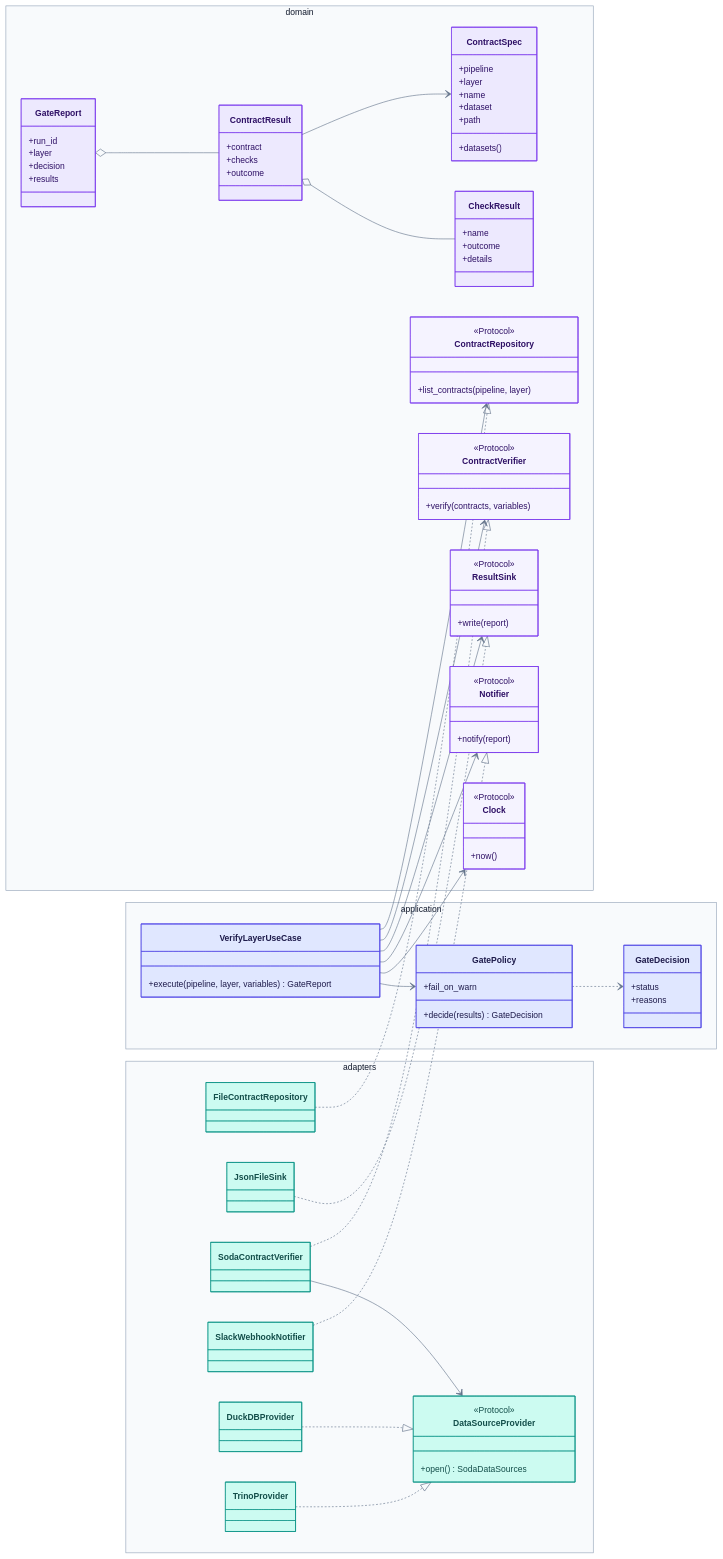
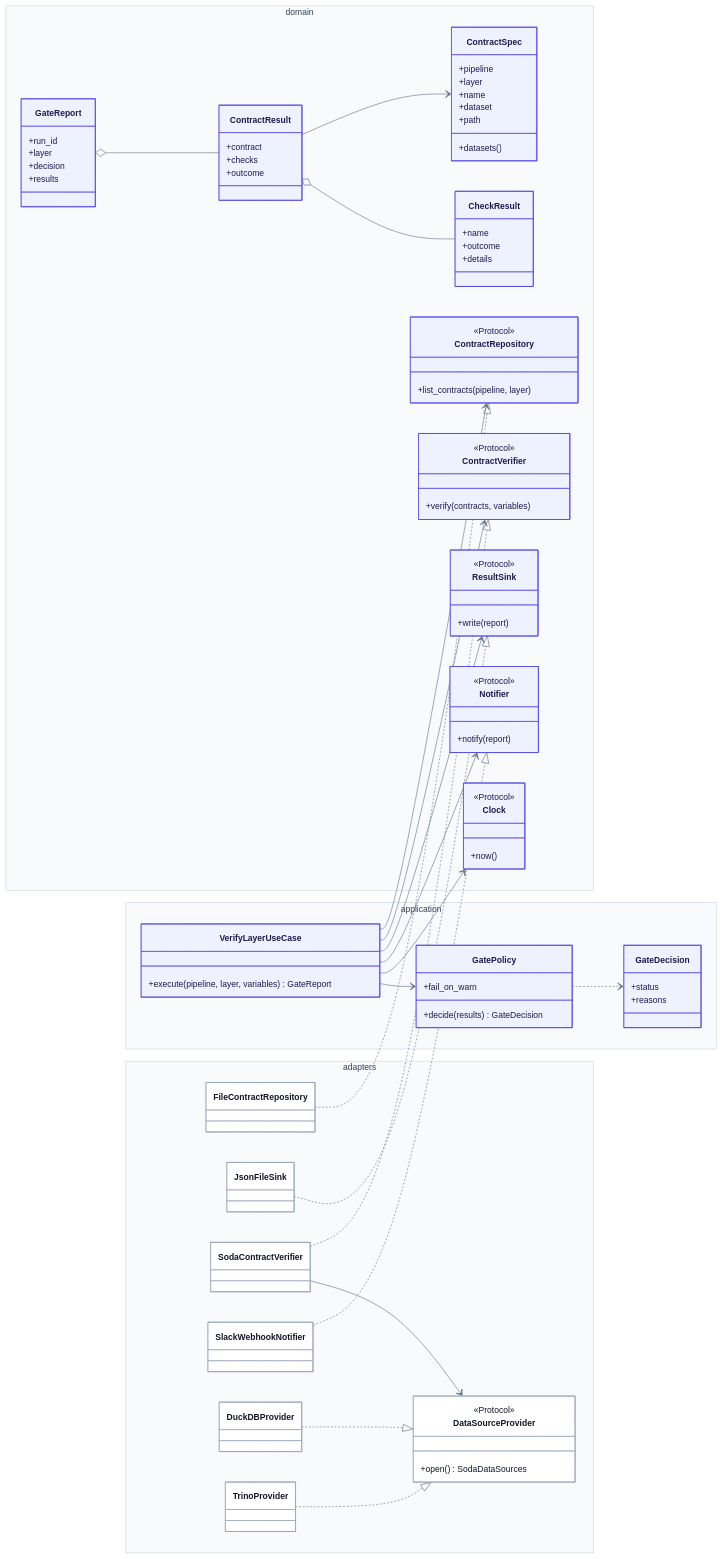
The seventh of 7 diagrams in docs/architecture.md (santoshshinde2012/lakehouse-quality-gates), drawn with Mermaid before and after one commit. The commit also changed other lines of this file and 21 other files, not shown here.

Commit message:
docs: professional system architecture diagram

````diff
--- a/docs/architecture.md
+++ b/docs/architecture.md
@@ -318,5 +358,5 @@
 ```mermaid
-%%{init: {'theme':'base','themeVariables':{'fontFamily':'Inter, system-ui, -apple-system, Segoe UI, Helvetica, Arial, sans-serif','fontSize':'14px','primaryColor':'#eef2ff','primaryTextColor':'#0f172a','primaryBorderColor':'#6366f1','secondaryColor':'#f1f5f9','secondaryTextColor':'#0f172a','secondaryBorderColor':'#94a3b8','tertiaryColor':'#f8fafc','tertiaryTextColor':'#0f172a','tertiaryBorderColor':'#cbd5e1','lineColor':'#64748b','textColor':'#0f172a','nodeTextColor':'#0f172a','titleColor':'#0f172a','clusterBkg':'#f8fafc','clusterBorder':'#94a3b8','edgeLabelBackground':'#ffffff','noteBkgColor':'#fef9c3','noteTextColor':'#422006','noteBorderColor':'#ca8a04','actorBkg':'#eef2ff','actorBorder':'#6366f1','actorTextColor':'#1e1b4b','actorLineColor':'#94a3b8','signalColor':'#334155','signalTextColor':'#0f172a','labelBoxBkgColor':'#eef2ff','labelBoxBorderColor':'#6366f1','labelTextColor':'#1e1b4b','loopTextColor':'#1e1b4b','activationBkgColor':'#e0e7ff','activationBorderColor':'#4f46e5','sequenceNumberColor':'#ffffff','classText':'#0f172a'}}}%%
+%%{init: {'theme':'base','themeVariables':{'fontFamily':'Inter, system-ui, -apple-system, Segoe UI, Helvetica, Arial, sans-serif','fontSize':'14px','primaryColor':'#ffffff','primaryTextColor':'#0f172a','primaryBorderColor':'#94a3b8','secondaryColor':'#f8fafc','tertiaryColor':'#f8fafc','lineColor':'#64748b','textColor':'#0f172a','clusterBkg':'#f8fafc','clusterBorder':'#cbd5e1','titleColor':'#334155','edgeLabelBackground':'#ffffff','noteBkgColor':'#f8fafc','noteTextColor':'#0f172a','noteBorderColor':'#cbd5e1','actorBkg':'#ffffff','actorBorder':'#94a3b8','actorTextColor':'#0f172a','actorLineColor':'#94a3b8','signalColor':'#475569','signalTextColor':'#0f172a','labelBoxBkgColor':'#f8fafc','labelBoxBorderColor':'#94a3b8','labelTextColor':'#0f172a','loopTextColor':'#0f172a','activationBkgColor':'#eef2ff','activationBorderColor':'#4f46e5','sequenceNumberColor':'#ffffff','classText':'#0f172a'}}}%%
 classDiagram
   direction LR
   namespace domain {
@@ -407,23 +447,23 @@
   FileContractRepository ..|> ContractRepository
   JsonFileSink ..|> ResultSink
   SlackWebhookNotifier ..|> Notifier
-  style ContractSpec fill:#ede9fe,stroke:#7c3aed,color:#2e1065
-  style CheckResult fill:#ede9fe,stroke:#7c3aed,color:#2e1065
-  style ContractResult fill:#ede9fe,stroke:#7c3aed,color:#2e1065
-  style GateReport fill:#ede9fe,stroke:#7c3aed,color:#2e1065
-  style ContractRepository fill:#f5f3ff,stroke:#7c3aed,color:#2e1065
-  style ContractVerifier fill:#f5f3ff,stroke:#7c3aed,color:#2e1065
-  style ResultSink fill:#f5f3ff,stroke:#7c3aed,color:#2e1065
-  style Notifier fill:#f5f3ff,stroke:#7c3aed,color:#2e1065
-  style Clock fill:#f5f3ff,stroke:#7c3aed,color:#2e1065
-  style GateDecision fill:#e0e7ff,stroke:#4f46e5,color:#1e1b4b
-  style GatePolicy fill:#e0e7ff,stroke:#4f46e5,color:#1e1b4b
-  style VerifyLayerUseCase fill:#e0e7ff,stroke:#4f46e5,color:#1e1b4b
-  style SodaContractVerifier fill:#ccfbf1,stroke:#0d9488,color:#134e4a
-  style DataSourceProvider fill:#ccfbf1,stroke:#0d9488,color:#134e4a
-  style DuckDBProvider fill:#ccfbf1,stroke:#0d9488,color:#134e4a
-  style TrinoProvider fill:#ccfbf1,stroke:#0d9488,color:#134e4a
-  style FileContractRepository fill:#ccfbf1,stroke:#0d9488,color:#134e4a
-  style JsonFileSink fill:#ccfbf1,stroke:#0d9488,color:#134e4a
-  style SlackWebhookNotifier fill:#ccfbf1,stroke:#0d9488,color:#134e4a
+  style ContractSpec fill:#eef2ff,stroke:#4f46e5,color:#1e1b4b
+  style CheckResult fill:#eef2ff,stroke:#4f46e5,color:#1e1b4b
+  style ContractResult fill:#eef2ff,stroke:#4f46e5,color:#1e1b4b
+  style GateReport fill:#eef2ff,stroke:#4f46e5,color:#1e1b4b
+  style ContractRepository fill:#eef2ff,stroke:#4f46e5,color:#1e1b4b
+  style ContractVerifier fill:#eef2ff,stroke:#4f46e5,color:#1e1b4b
+  style ResultSink fill:#eef2ff,stroke:#4f46e5,color:#1e1b4b
+  style Notifier fill:#eef2ff,stroke:#4f46e5,color:#1e1b4b
+  style Clock fill:#eef2ff,stroke:#4f46e5,color:#1e1b4b
+  style GateDecision fill:#eef2ff,stroke:#4f46e5,color:#1e1b4b
+  style GatePolicy fill:#eef2ff,stroke:#4f46e5,color:#1e1b4b
+  style VerifyLayerUseCase fill:#eef2ff,stroke:#4f46e5,color:#1e1b4b
+  style SodaContractVerifier fill:#ffffff,stroke:#94a3b8,color:#0f172a
+  style DataSourceProvider fill:#ffffff,stroke:#94a3b8,color:#0f172a
+  style DuckDBProvider fill:#ffffff,stroke:#94a3b8,color:#0f172a
+  style TrinoProvider fill:#ffffff,stroke:#94a3b8,color:#0f172a
+  style FileContractRepository fill:#ffffff,stroke:#94a3b8,color:#0f172a
+  style JsonFileSink fill:#ffffff,stroke:#94a3b8,color:#0f172a
+  style SlackWebhookNotifier fill:#ffffff,stroke:#94a3b8,color:#0f172a
 ```
````
